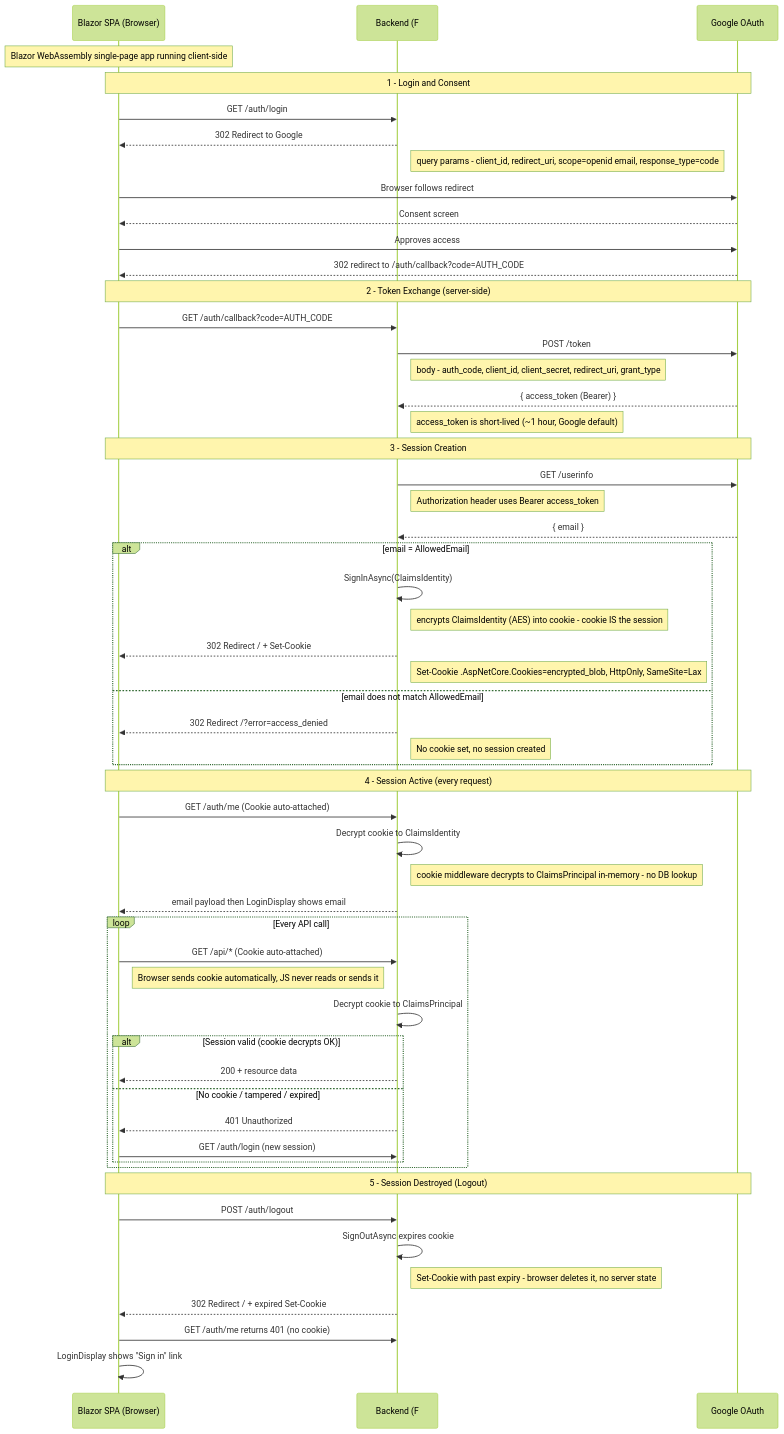
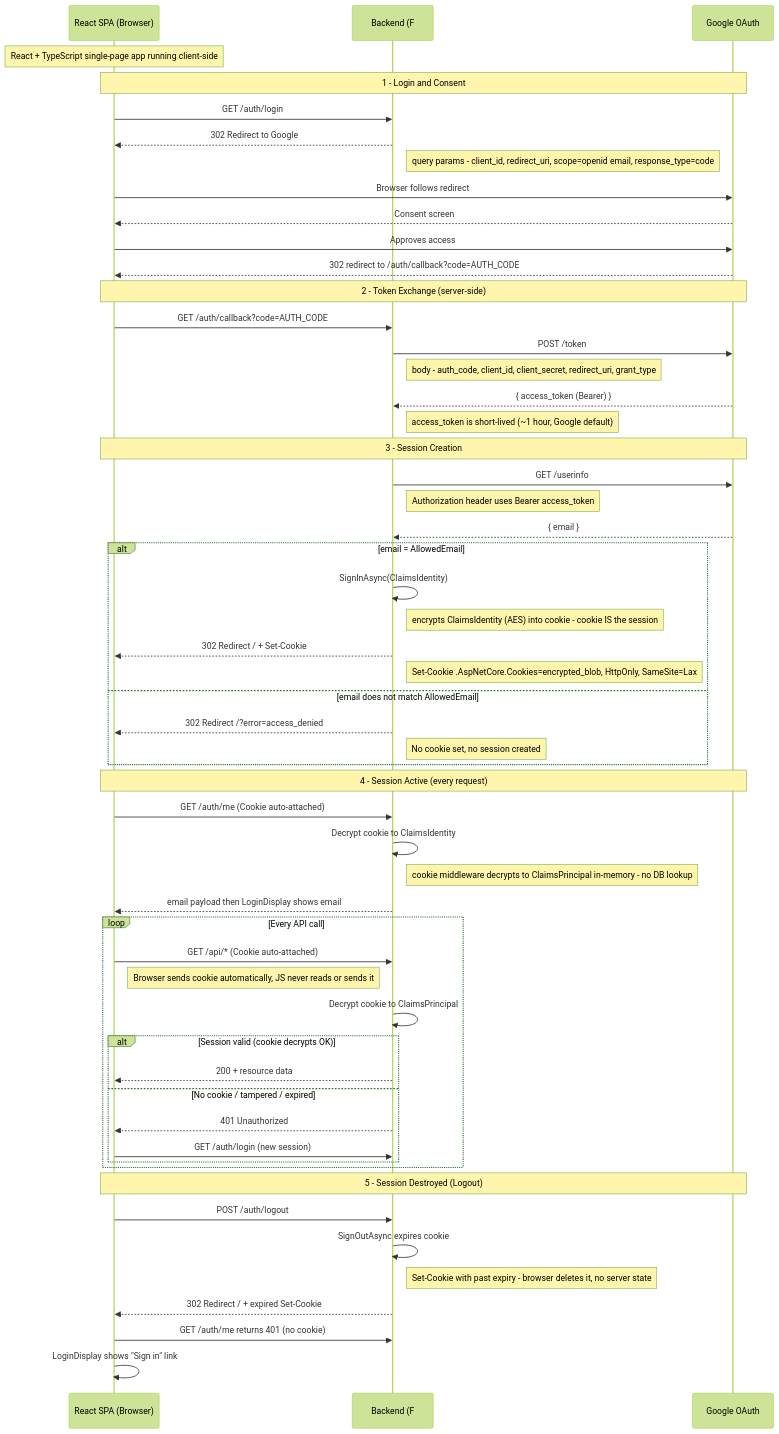
Before and after one commit to jagasafari/longevity: the first of 3 diagrams in docs/04-auth.md, drawn with Mermaid (forest theme). The commit also changed 10 other files, not shown here.

First line of the commit message:
docs: update frontend references from Blazor WASM to React + TypeScript

````diff
--- a/docs/04-auth.md
+++ b/docs/04-auth.md
@@ -14,75 +14,75 @@
 ```mermaid
 sequenceDiagram
-    participant SPA as Blazor SPA (Browser)
+    participant SPA as React SPA (Browser)
     participant App as Backend (F# API)
     participant Google as Google OAuth
 
-    Note over SPA: Blazor WebAssembly single-page app running client-side
+    Note over SPA: React + TypeScript single-page app running client-side
 
     Note over SPA,Google: 1 - Login and Consent
 
     SPA->>App: GET /auth/login
     App-->>SPA: 302 Redirect to Google
 
     Note right of App: query params - client_id, redirect_uri, scope=openid email, response_type=code
 
     SPA->>Google: Browser follows redirect
     Google-->>SPA: Consent screen
     SPA->>Google: Approves access
     Google-->>SPA: 302 redirect to /auth/callback?code=AUTH_CODE
 
     Note over SPA,Google: 2 - Token Exchange (server-side)
 
     SPA->>App: GET /auth/callback?code=AUTH_CODE
 
     App->>Google: POST /token
     Note right of App: body - auth_code, client_id, client_secret, redirect_uri, grant_type
 
     Google-->>App: { access_token (Bearer) }
     Note right of App: access_token is short-lived (~1 hour, Google default)
 
     Note over SPA,Google: 3 - Session Creation
 
     App->>Google: GET /userinfo
     Note right of App: Authorization header uses Bearer access_token
 
     Google-->>App: { email }
 
     alt email = AllowedEmail
         App->>App: SignInAsync(ClaimsIdentity)
         Note right of App: encrypts ClaimsIdentity (AES) into cookie - cookie IS the session
         App-->>SPA: 302 Redirect / + Set-Cookie
         Note right of App: Set-Cookie .AspNetCore.Cookies=encrypted_blob, HttpOnly, SameSite=Lax
     else email does not match AllowedEmail
         App-->>SPA: 302 Redirect /?error=access_denied
         Note right of App: No cookie set, no session created
     end
 
     Note over SPA,Google: 4 - Session Active (every request)
 
     SPA->>App: GET /auth/me (Cookie auto-attached)
     App->>App: Decrypt cookie to ClaimsIdentity
     Note right of App: cookie middleware decrypts to ClaimsPrincipal in-memory - no DB lookup
     App-->>SPA: email payload then LoginDisplay shows email
 
     loop Every API call
         SPA->>App: GET /api/* (Cookie auto-attached)
         Note right of SPA: Browser sends cookie automatically, JS never reads or sends it
         App->>App: Decrypt cookie to ClaimsPrincipal
         alt Session valid (cookie decrypts OK)
             App-->>SPA: 200 + resource data
         else No cookie / tampered / expired
             App-->>SPA: 401 Unauthorized
             SPA->>App: GET /auth/login (new session)
         end
     end
 
     Note over SPA,Google: 5 - Session Destroyed (Logout)
 
     SPA->>App: POST /auth/logout
     App->>App: SignOutAsync expires cookie
     Note right of App: Set-Cookie with past expiry - browser deletes it, no server state
     App-->>SPA: 302 Redirect / + expired Set-Cookie
     SPA->>App: GET /auth/me returns 401 (no cookie)
     SPA->>SPA: LoginDisplay shows "Sign in" link
 ```
````
